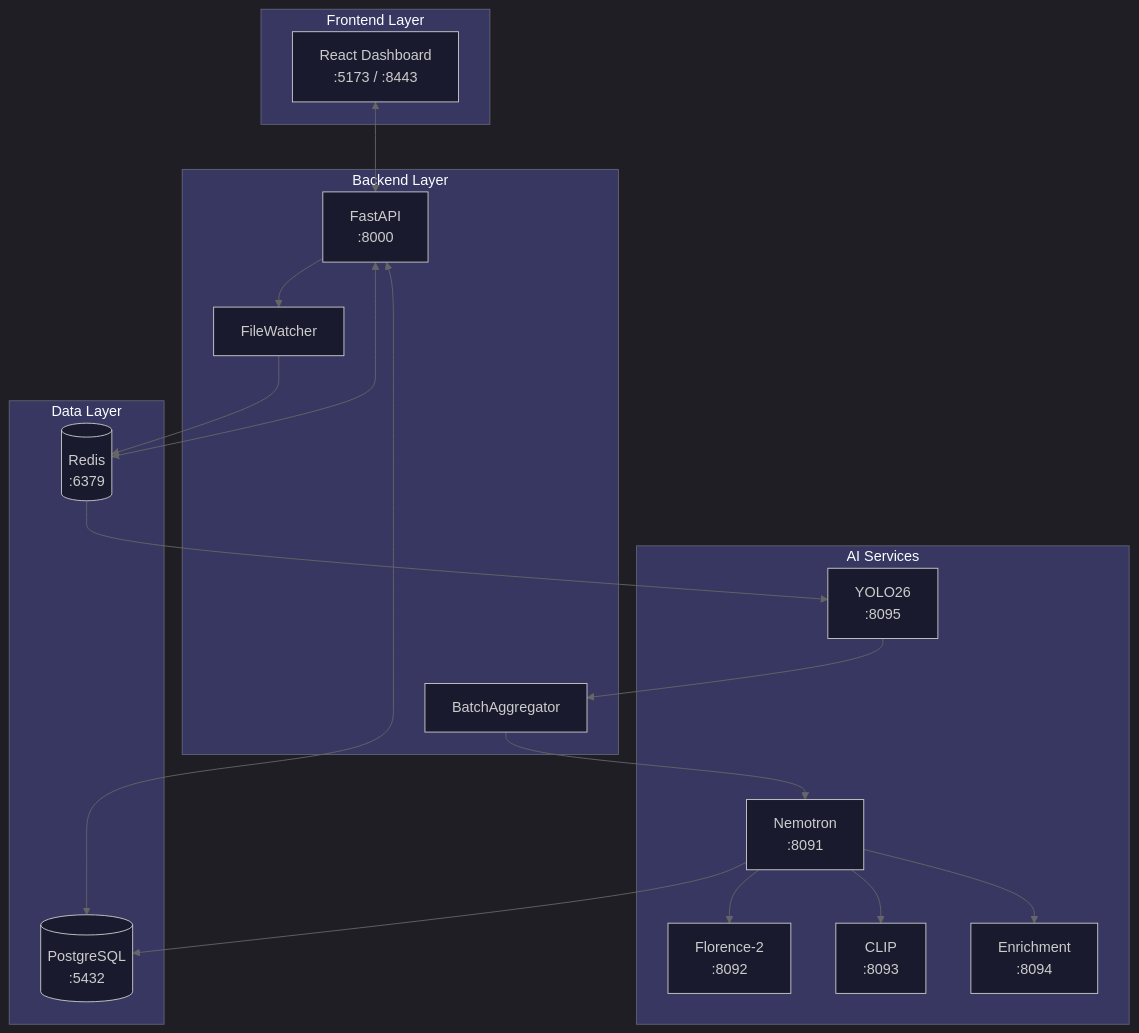
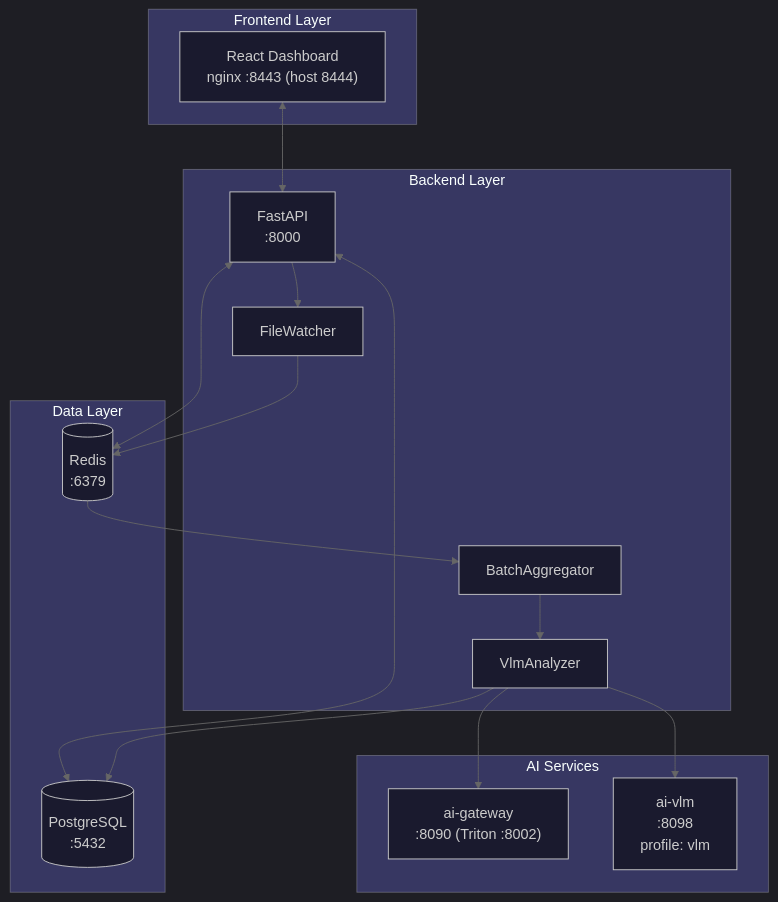
The eighth of 9 diagrams in docs/diagrams/README.md (mikesvoboda/nemotron-v3-home-security-intelligence), drawn with Mermaid before and after one commit. The commit also changed other lines of this file and 231 other files, not shown here.

````diff
--- a/docs/diagrams/README.md
+++ b/docs/diagrams/README.md
@@ -181,51 +190,47 @@
 ```mermaid
 %%{init: {
   'theme': 'dark',
   'themeVariables': {
     'primaryColor': '#3B82F6',
     'primaryTextColor': '#FFFFFF',
     'primaryBorderColor': '#60A5FA',
     'secondaryColor': '#A855F7',
     'tertiaryColor': '#009688',
     'background': '#121212',
     'mainBkg': '#1a1a2e',
     'lineColor': '#666666'
   }
 }}%%
 flowchart TB
     subgraph Frontend["Frontend Layer"]
-        UI["React Dashboard<br/>:5173 / :8443"]
+        UI["React Dashboard<br/>nginx :8443 (host 8444)"]
     end
 
     subgraph Backend["Backend Layer"]
         API["FastAPI<br/>:8000"]
         FW[FileWatcher]
         BA[BatchAggregator]
+        VA[VlmAnalyzer]
     end
 
     subgraph AI["AI Services"]
-        YOLO["YOLO26<br/>:8095"]
-        NEM["Nemotron<br/>:8091"]
-        FLOR["Florence-2<br/>:8092"]
-        CLIP["CLIP<br/>:8093"]
-        ENR["Enrichment<br/>:8094"]
+        GW["ai-gateway<br/>:8090 (Triton :8002)"]
+        VLM["ai-vlm<br/>:8098<br/>profile: vlm"]
     end
 
     subgraph Storage["Data Layer"]
         DB[(PostgreSQL<br/>:5432)]
         REDIS[(Redis<br/>:6379)]
     end
 
     UI <--> API
     API --> FW
     FW --> REDIS
-    REDIS --> YOLO
-    YOLO --> BA
-    BA --> NEM
-    NEM --> FLOR
-    NEM --> CLIP
-    NEM --> ENR
-    NEM --> DB
+    REDIS --> BA
+    BA --> VA
+    VA --> GW
+    VA --> VLM
+    VA --> DB
     API <--> DB
     API <--> REDIS
 ```
````
